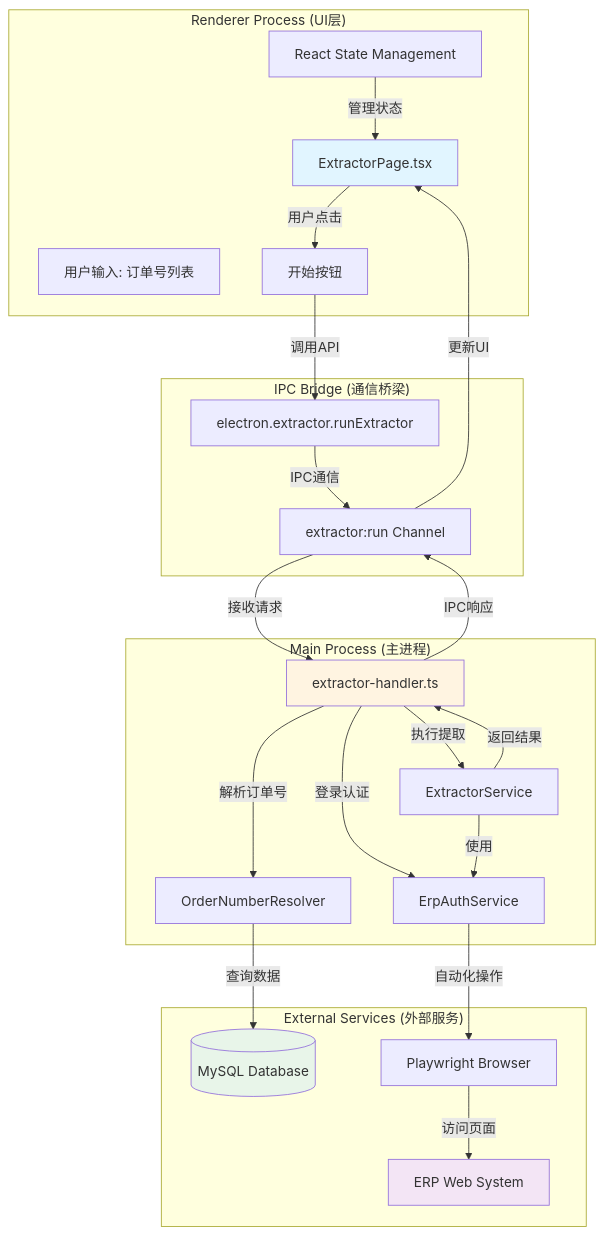
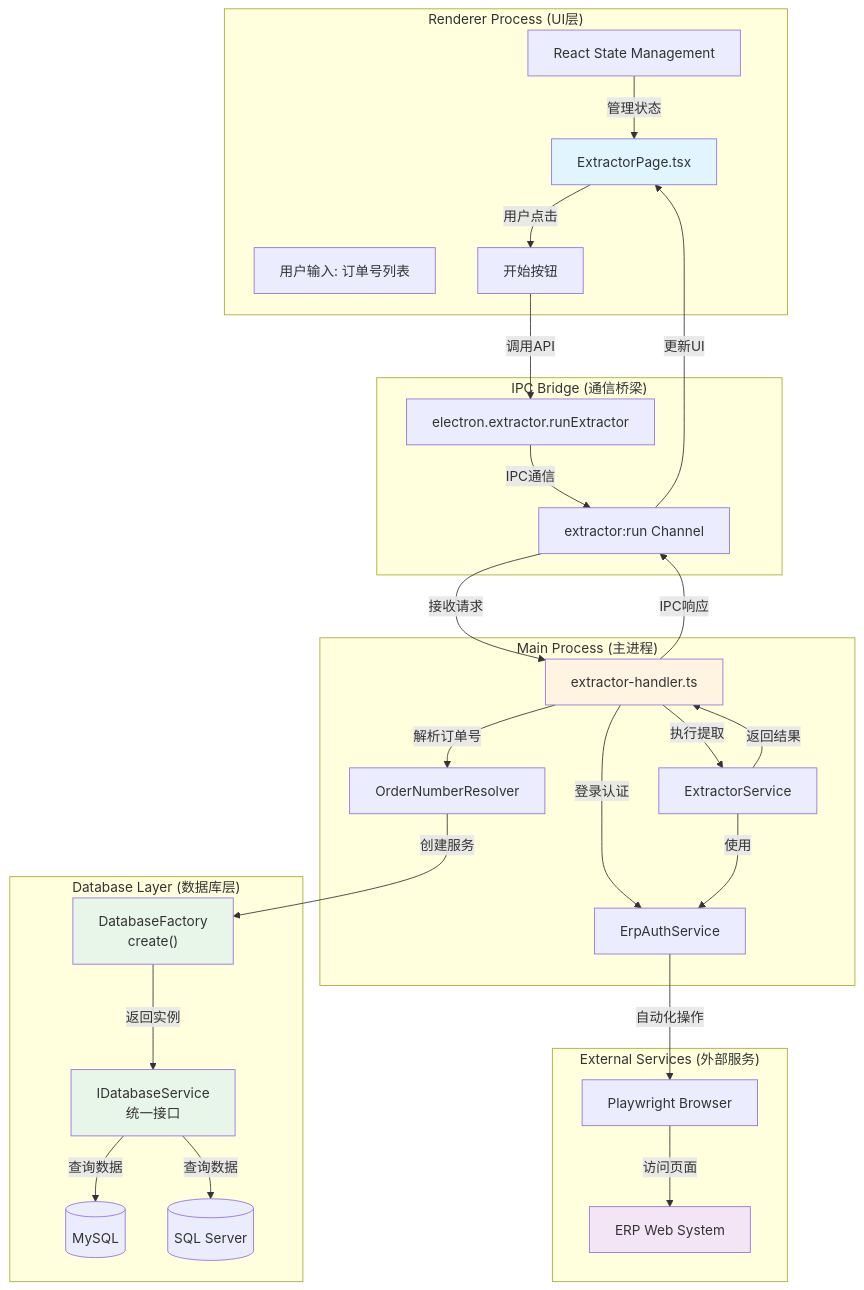
Before and after one commit to Misaka-Dev-Hub/ERPAuto: the first of 5 diagrams in docs/extractor-start-button-flow.md, drawn with Mermaid. The commit also changed other lines of this file, not shown here.

First line of the commit message:
docs: update extractor-start-button-flow.md for database architecture changes

````diff
--- a/docs/extractor-start-button-flow.md
+++ b/docs/extractor-start-button-flow.md
@@ -29,48 +31,60 @@
 ```mermaid
 graph TB
     subgraph "Renderer Process (UI层)"
         A[ExtractorPage.tsx]
         B[React State Management]
         C[用户输入: 订单号列表]
         D[开始按钮]
     end
 
     subgraph "IPC Bridge (通信桥梁)"
         E[electron.extractor.runExtractor]
         F[extractor:run Channel]
     end
 
     subgraph "Main Process (主进程)"
         G[extractor-handler.ts]
         H[OrderNumberResolver]
         I[ErpAuthService]
         J[ExtractorService]
     end
 
+    subgraph "Database Layer (数据库层)"
+        N["DatabaseFactory
+        create()"]
+        O["IDatabaseService
+        统一接口"]
+        P1[(MySQL)]
+        P2[(SQL Server)]
+    end
+
     subgraph "External Services (外部服务)"
-        K[(MySQL Database)]
         L[ERP Web System]
         M[Playwright Browser]
     end
 
     A -->|用户点击| D
     D -->|调用API| E
     E -->|IPC通信| F
     F -->|接收请求| G
     G -->|解析订单号| H
-    H -->|查询数据| K
+    H -->|创建服务| N
+    N -->|返回实例| O
+    O -->|查询数据| P1
+    O -->|查询数据| P2
     G -->|登录认证| I
     I -->|自动化操作| M
     M -->|访问页面| L
     G -->|执行提取| J
     J -->|使用| I
     J -->|返回结果| G
     G -->|IPC响应| F
     F -->|更新UI| A
     B -->|管理状态| A
 
     style A fill:#e1f5ff
     style G fill:#fff4e1
-    style K fill:#e8f5e9
+    style N fill:#e8f5e9
+    style O fill:#e8f5e9
     style L fill:#f3e5f5
 ```
````
